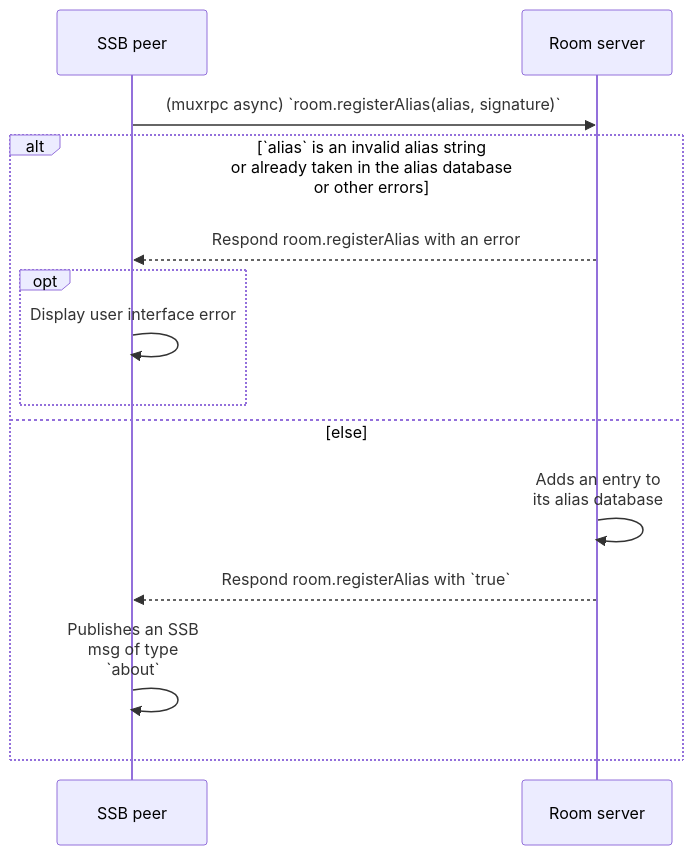
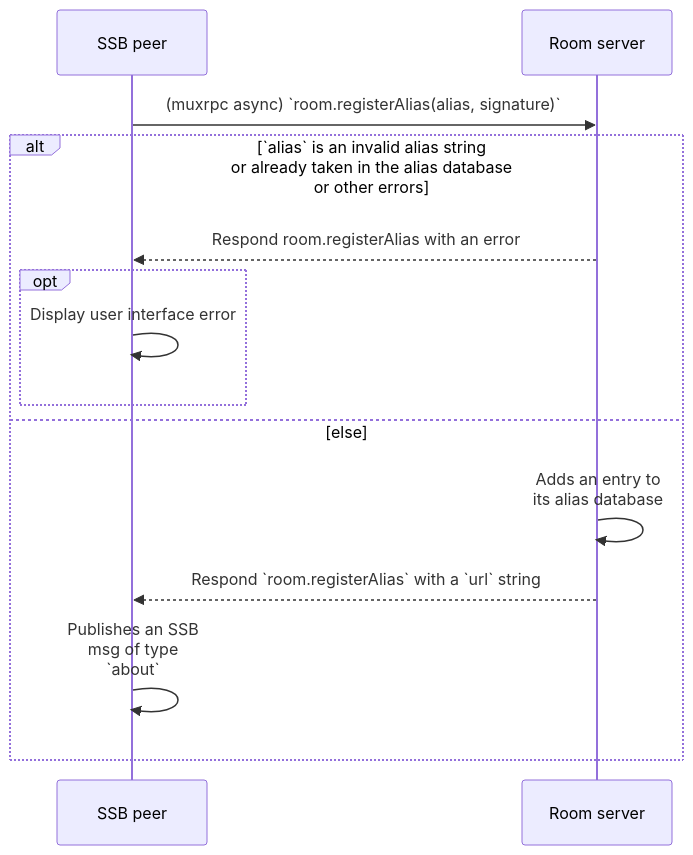
One commit to ssbc/rooms2 changed the diagram in docs/Alias/Registration.md. Above: the diagram before and after it, drawn with Mermaid. The commit also changed other lines of this file, not shown here.

Commit message:
room.registerAlias responds with alias web endpoint URL

````diff
--- a/docs/Alias/Registration.md
+++ b/docs/Alias/Registration.md
@@ -24,17 +24,17 @@
 ```mermaid
 sequenceDiagram
   participant U as SSB peer
   participant R as Room server
 
   U->>R: (muxrpc async) `room.registerAlias(alias, signature)`
   alt `alias` is an invalid alias string<br/>or already taken in the alias database<br/>or other errors
     R-->>U: Respond room.registerAlias with an error
     opt
         U->>U: Display user interface error
     end
   else else
     R->>R: Adds an entry to<br/>its alias database
-    R-->>U: Respond room.registerAlias with `true`
+    R-->>U: Respond `room.registerAlias` with a `url` string
     U->>U: Publishes an SSB<br/>msg of type<br/>`about`
   end
 ```
````
